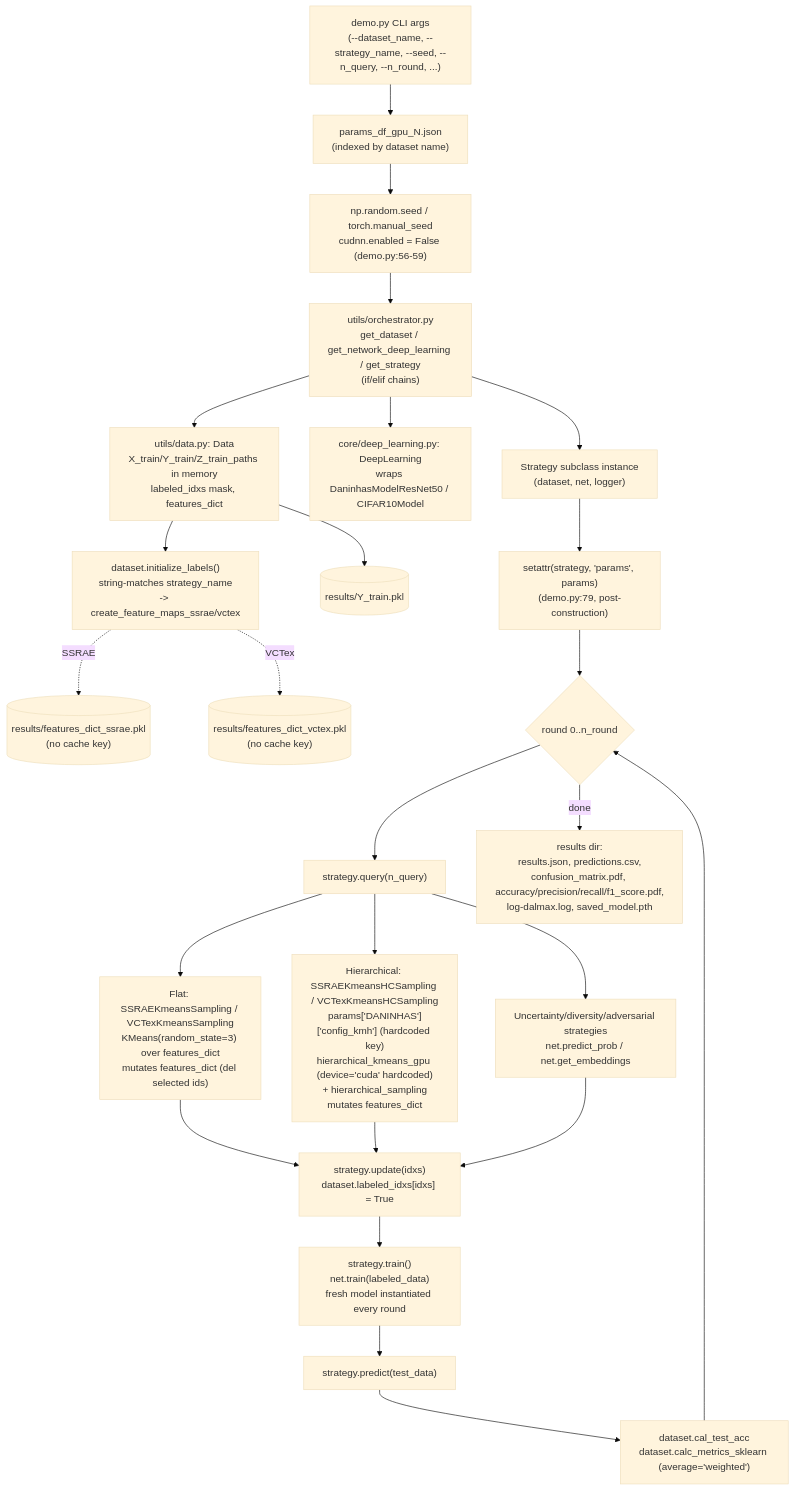
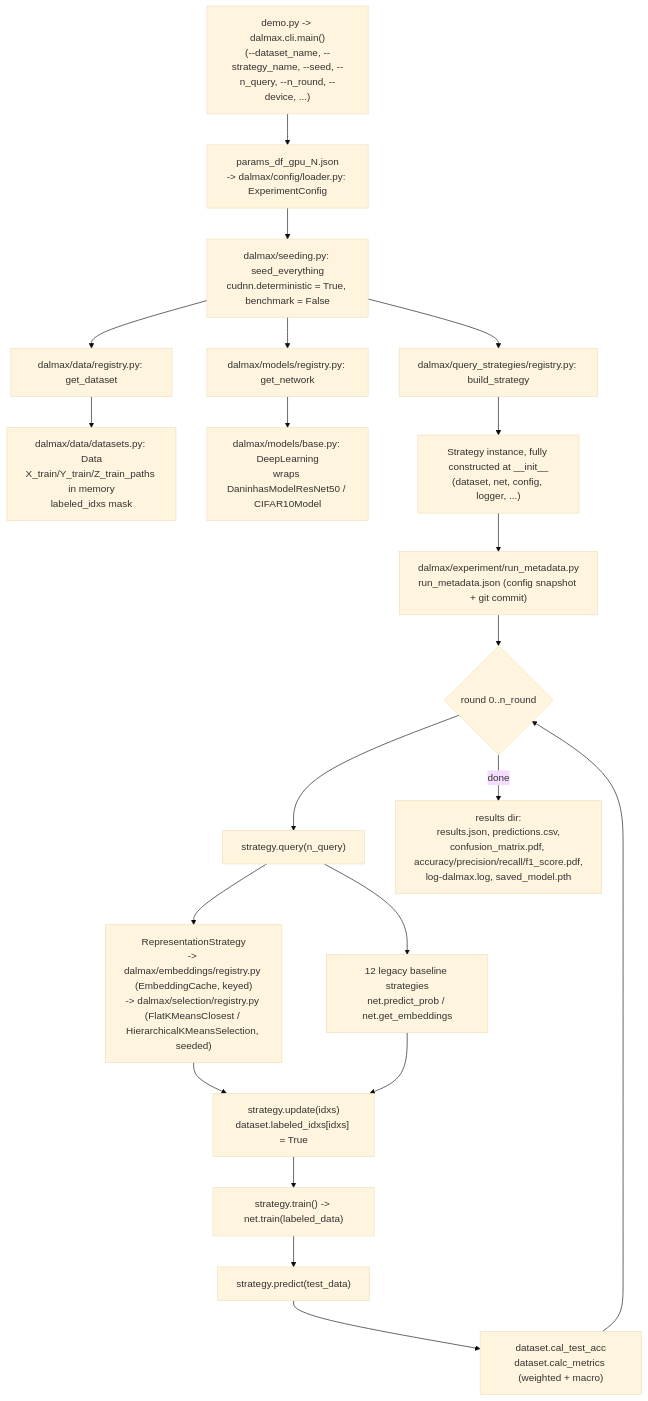
Before and after one commit to MarioCarvalhoBr/dalmax-framework-deep-active-learning-python: the diagram in .specs/architecture/current-state.md, drawn with Mermaid (base theme). The commit also changed other lines of this file and 44 other files, not shown here.

````diff
--- a/.specs/architecture/current-state.md
+++ b/.specs/architecture/current-state.md
@@ -100,45 +65,35 @@
 ```mermaid
 flowchart TD
-    CLI["demo.py CLI args\n(--dataset_name, --strategy_name, --seed, --n_query, --n_round, ...)"]
-    PARAMS["params_df_gpu_N.json\n(indexed by dataset name)"]
-    SEED["np.random.seed / torch.manual_seed\ncudnn.enabled = False (demo.py:56-59)"]
-    ORCH["utils/orchestrator.py\nget_dataset / get_network_deep_learning / get_strategy\n(if/elif chains)"]
-    DATA["utils/data.py: Data\nX_train/Y_train/Z_train_paths in memory\nlabeled_idxs mask, features_dict"]
-    INITLBL["dataset.initialize_labels()\nstring-matches strategy_name\n-> create_feature_maps_ssrae/vctex"]
-    CACHE_SSRAE[("results/features_dict_ssrae.pkl\n(no cache key)")]
-    CACHE_VCTEX[("results/features_dict_vctex.pkl\n(no cache key)")]
-    CACHE_YTRAIN[("results/Y_train.pkl")]
-    NET["core/deep_learning.py: DeepLearning\nwraps DaninhasModelResNet50 / CIFAR10Model"]
-    STRAT["Strategy subclass instance\n(dataset, net, logger)"]
-    SETATTR["setattr(strategy, 'params', params)\n(demo.py:79, post-construction)"]
+    CLI["demo.py -> dalmax.cli.main()\n(--dataset_name, --strategy_name, --seed, --n_query, --n_round, --device, ...)"]
+    PARAMS["params_df_gpu_N.json\n-> dalmax/config/loader.py: ExperimentConfig"]
+    SEED["dalmax/seeding.py: seed_everything\ncudnn.deterministic = True, benchmark = False"]
+    DATAREG["dalmax/data/registry.py: get_dataset"]
+    MODELREG["dalmax/models/registry.py: get_network"]
+    STRATREG["dalmax/query_strategies/registry.py: build_strategy"]
+    DATA["dalmax/data/datasets.py: Data\nX_train/Y_train/Z_train_paths in memory\nlabeled_idxs mask"]
+    NET["dalmax/models/base.py: DeepLearning\nwraps DaninhasModelResNet50 / CIFAR10Model"]
+    STRAT["Strategy instance, fully constructed at __init__\n(dataset, net, config, logger, ...)"]
     LOOP{"round 0..n_round"}
     QUERY["strategy.query(n_query)"]
-    FLAT["Flat: SSRAEKmeansSampling / VCTexKmeansSampling\nKMeans(random_state=3) over features_dict\nmutates features_dict (del selected ids)"]
-    HIER["Hierarchical: SSRAEKmeansHCSampling / VCTexKmeansHCSampling\nparams['DANINHAS']['config_kmh'] (hardcoded key)\nhierarchical_kmeans_gpu (device='cuda' hardcoded)\n+ hierarchical_sampling\nmutates features_dict"]
-    OTHER["Uncertainty/diversity/adversarial strategies\nnet.predict_prob / net.get_embeddings"]
+    REPR["RepresentationStrategy\n-> dalmax/embeddings/registry.py (EmbeddingCache, keyed)\n-> dalmax/selection/registry.py (FlatKMeansClosest / HierarchicalKMeansSelection, seeded)"]
+    OTHER["12 legacy baseline strategies\nnet.predict_prob / net.get_embeddings"]
     UPDATE["strategy.update(idxs)\ndataset.labeled_idxs[idxs] = True"]
-    TRAIN["strategy.train()\nnet.train(labeled_data)\nfresh model instantiated every round"]
+    TRAIN["strategy.train() -> net.train(labeled_data)"]
     PREDICT["strategy.predict(test_data)"]
-    METRICS["dataset.cal_test_acc\ndataset.calc_metrics_sklearn (average='weighted')"]
+    METRICS["dataset.cal_test_acc\ndataset.calc_metrics (weighted + macro)"]
+    RUNMETA["dalmax/experiment/run_metadata.py\nrun_metadata.json (config snapshot + git commit)"]
     RESULTS["results dir:\nresults.json, predictions.csv,\nconfusion_matrix.pdf, accuracy/precision/recall/f1_score.pdf,\nlog-dalmax.log, saved_model.pth"]
 
-    CLI --> PARAMS --> SEED --> ORCH
-    ORCH --> DATA
-    DATA --> INITLBL
-    INITLBL -. SSRAE .-> CACHE_SSRAE
-    INITLBL -. VCTex .-> CACHE_VCTEX
-    DATA --> CACHE_YTRAIN
-    ORCH --> NET
-    ORCH --> STRAT
-    STRAT --> SETATTR
-    SETATTR --> LOOP
+    CLI --> PARAMS --> SEED
+    SEED --> DATAREG --> DATA
+    SEED --> MODELREG --> NET
+    SEED --> STRATREG --> STRAT
+    STRAT --> RUNMETA --> LOOP
     LOOP --> QUERY
-    QUERY --> FLAT
-    QUERY --> HIER
+    QUERY --> REPR
     QUERY --> OTHER
-    FLAT --> UPDATE
-    HIER --> UPDATE
+    REPR --> UPDATE
     OTHER --> UPDATE
     UPDATE --> TRAIN --> PREDICT --> METRICS --> LOOP
     LOOP -->|done| RESULTS
 ```
````
